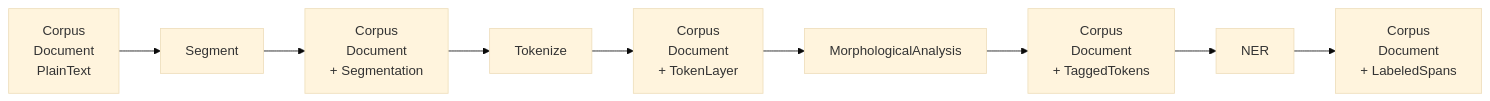
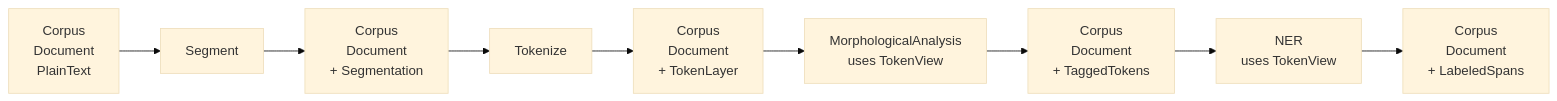
The fifth of 10 diagrams in docs/src/dev/architecture.md (ufal/linpipe), drawn with Mermaid (base theme) before and after one commit. The commit also changed other lines of this file, not shown here.

````diff
--- a/docs/src/dev/architecture.md
+++ b/docs/src/dev/architecture.md
@@ -135,17 +217,17 @@
 ```mermaid
 flowchart LR
     D0["Corpus<br/>Document<br/>PlainText"]
     S["Segment"]
     D1["Corpus<br/>Document<br/>+ Segmentation"]
     T["Tokenize"]
     D2["Corpus<br/>Document<br/>+ TokenLayer"]
-    M["MorphologicalAnalysis"]
+    M["MorphologicalAnalysis<br/>uses TokenView"]
     D3["Corpus<br/>Document<br/>+ TaggedTokens"]
-    N["NER"]
+    N["NER<br/>uses TokenView"]
     D4["Corpus<br/>Document<br/>+ LabeledSpans"]
 
     D0 --> S --> D1
     D1 --> T --> D2
     D2 --> M --> D3
     D3 --> N --> D4
 ```
````
